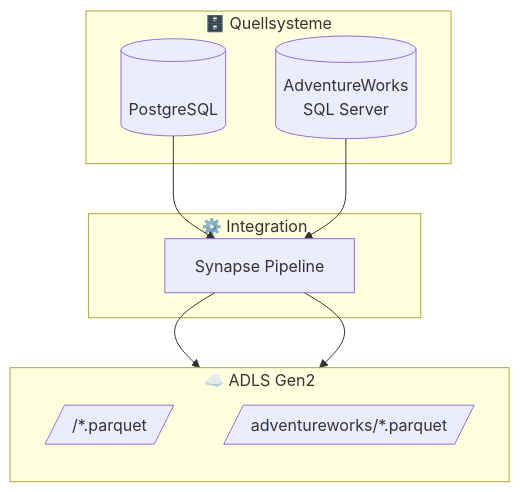
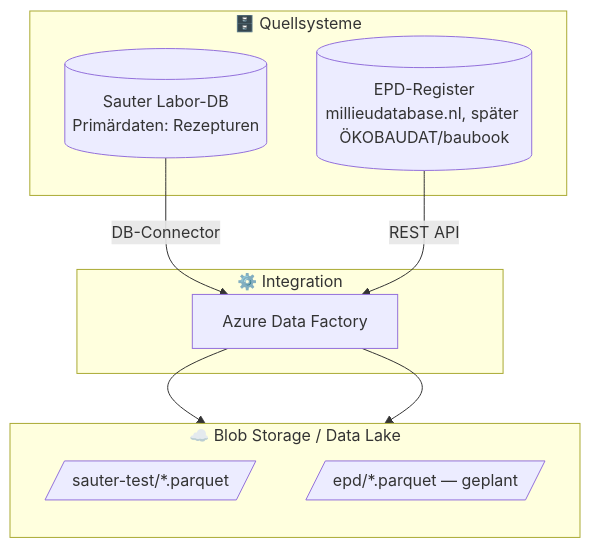
One commit to fellnerd/ppmc-datavault-dbt changed the diagram in design/staging/source_mapping.md. Above: the diagram before and after it, drawn with Mermaid. The commit also changed other lines of this file and 24 other files, not shown here.

First line of the commit message:
feat: Add staging-view template and validation for ER model against external tables

````diff
--- a/design/staging/source_mapping.md
+++ b/design/staging/source_mapping.md
@@ -5,22 +5,22 @@
 ```mermaid
 flowchart TB
     subgraph Sources["🗄️ Quellsysteme"]
-        SRC[(<source_system><br/>PostgreSQL)]
-        AW[(AdventureWorks<br/>SQL Server)]
+        SAUTER[(Sauter Labor-DB<br/>Primärdaten: Rezepturen)]
+        EPD[(EPD-Register<br/>millieudatabase.nl, später ÖKOBAUDAT/baubook)]
     end
-    
+
     subgraph Pipeline["⚙️ Integration"]
-        SYN[Synapse Pipeline]
+        ADF[Azure Data Factory]
     end
-    
-    subgraph Storage["☁️ ADLS Gen2"]
+
+    subgraph Storage["☁️ Blob Storage / Data Lake"]
         direction TB
-        P1[/<source_system>/*.parquet/]
-        P2[/adventureworks/*.parquet/]
+        P1[/sauter-test/*.parquet/]
+        P2[/epd/*.parquet — geplant/]
     end
-    
-    SRC --> SYN
-    AW --> SYN
-    SYN --> P1
-    SYN --> P2
+
+    SAUTER -->|DB-Connector| ADF
+    EPD -->|REST API| ADF
+    ADF --> P1
+    ADF --> P2
 ```
````
